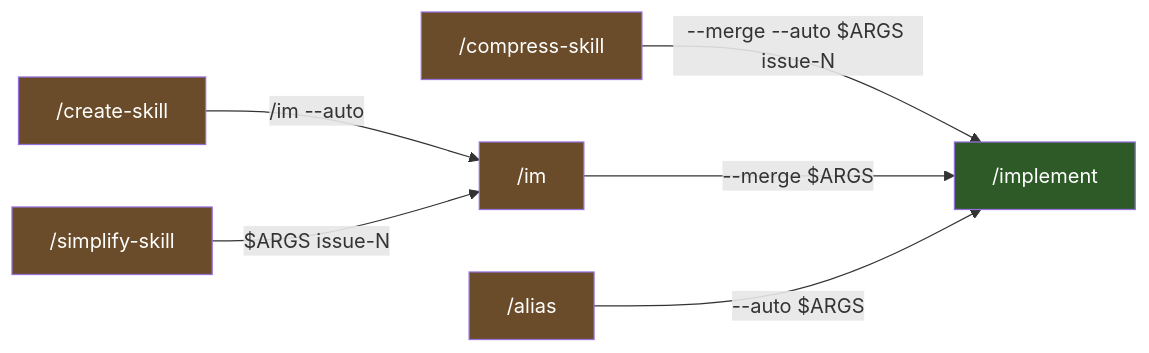
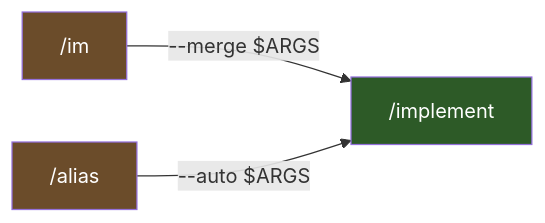
Before and after one commit to character-ai/larch: the second of 3 diagrams in docs/workflow-lifecycle.md, drawn with Mermaid. The commit also changed other lines of this file and 88 other files, not shown here.

````diff
--- a/docs/workflow-lifecycle.md
+++ b/docs/workflow-lifecycle.md
@@ -40,15 +32,9 @@
 ```mermaid
 graph LR
-    CREATE["/create-skill"] -->|"/im --auto"| IM
-    SIMPLIFY["/simplify-skill"] -->|"$ARGS issue-N"| IM
-    COMPRESS["/compress-skill"] -->|"--merge --auto $ARGS issue-N"| IMPLEMENT["/implement"]
-    IM["/im"] -->|"--merge $ARGS"| IMPLEMENT
+    IM["/im"] -->|"--merge $ARGS"| IMPLEMENT["/implement"]
     ALIAS["/alias"] -->|"--auto $ARGS"| IMPLEMENT
 
-    style CREATE fill:#6b4c2a,color:#fff
-    style SIMPLIFY fill:#6b4c2a,color:#fff
-    style COMPRESS fill:#6b4c2a,color:#fff
     style IM fill:#6b4c2a,color:#fff
     style ALIAS fill:#6b4c2a,color:#fff
     style IMPLEMENT fill:#2d5a27,color:#fff
 ```
````
